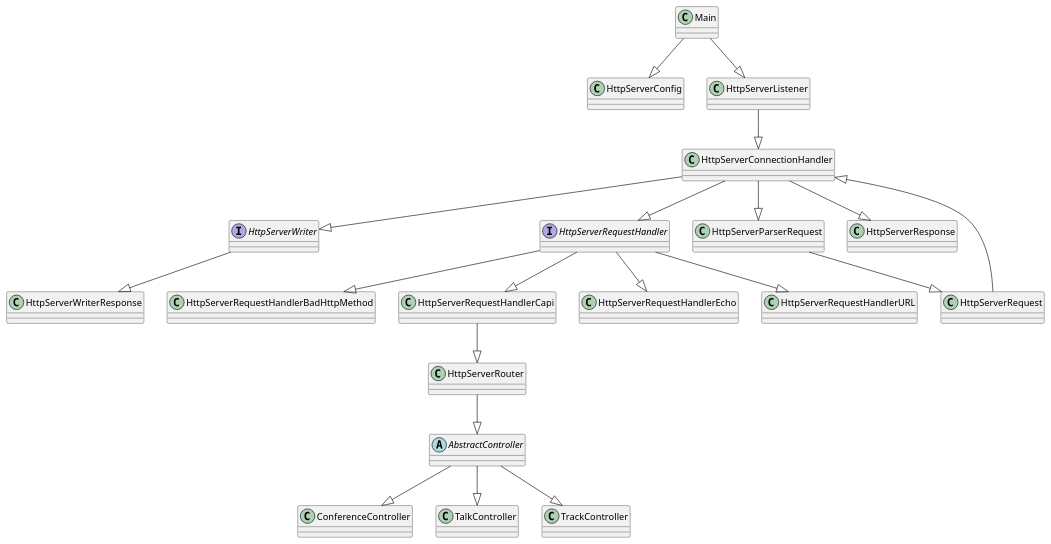
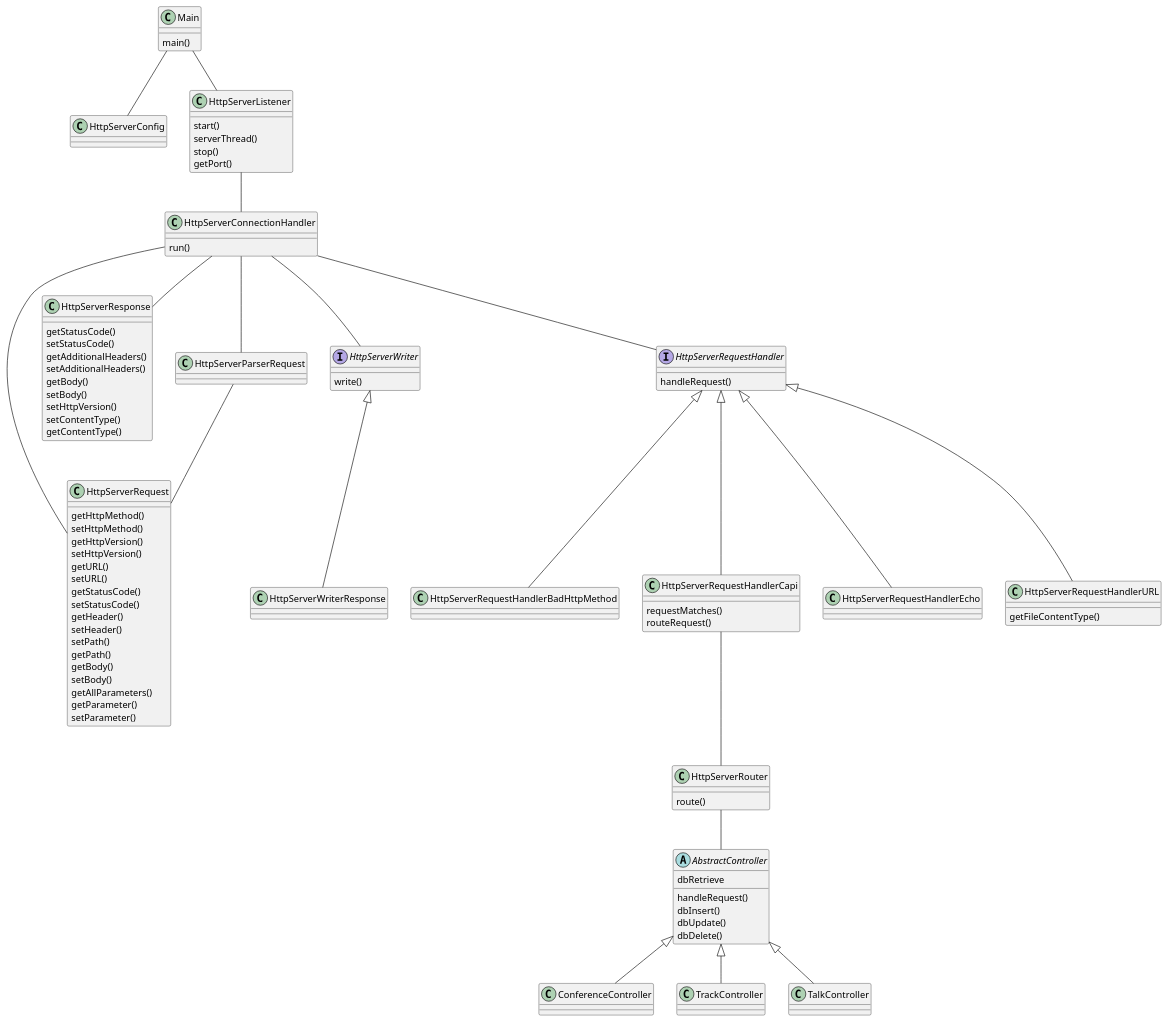
Before and after one commit to Alacho2/pgr200-eksamen-Alacho2: the diagram in doc/server.puml, drawn with PlantUML. The commit also changed 6 other files, not shown here.

Commit message:
updated server.puml and renamed a method

```diff
--- a/doc/server.puml
+++ b/doc/server.puml
@@ -1,29 +1,108 @@
 @startuml
 
-abstract class AbstractController
-AbstractController --|> ConferenceController
-AbstractController --|> TalkController
-AbstractController --|> TrackController
+abstract class AbstractController{
+    handleRequest()
+    dbInsert()
+    dbUpdate()
+    dbDelete()
+    dbRetrieve
+}
 
-interface HttpServerWriter
-HttpServerWriter --|> HttpServerWriterResponse
+class ConferenceController extends AbstractController
 
-interface HttpServerRequestHandler
-HttpServerRequestHandler --|> HttpServerRequestHandlerBadHttpMethod
-HttpServerRequestHandler --|> HttpServerRequestHandlerCapi
-HttpServerRequestHandlerCapi --|> HttpServerRouter
-HttpServerRouter --|> AbstractController
-HttpServerRequestHandler --|> HttpServerRequestHandlerEcho
-HttpServerRequestHandler --|> HttpServerRequestHandlerURL
+class TrackController extends AbstractController
 
-Main --|> HttpServerConfig
-Main --|> HttpServerListener
-HttpServerListener --|> HttpServerConnectionHandler
-HttpServerConnectionHandler --|> HttpServerParserRequest
-HttpServerParserRequest --|> HttpServerRequest
-HttpServerRequest --|> HttpServerConnectionHandler
-HttpServerConnectionHandler --|> HttpServerResponse
-HttpServerConnectionHandler --|> HttpServerRequestHandler
-HttpServerConnectionHandler --|> HttpServerWriter
+class TalkController extends AbstractController
+
+class HttpServerConfig
+
+class HttpServerRequest{
+    getHttpMethod()
+    setHttpMethod()
+    getHttpVersion()
+    setHttpVersion()
+    getURL()
+    setURL()
+    getStatusCode()
+    setStatusCode()
+    getHeader()
+    setHeader()
+    setPath()
+    getPath()
+    getBody()
+    setBody()
+    getAllParameters()
+    getParameter()
+    setParameter()
+}
+
+class HttpServerResponse{
+    getStatusCode()
+    setStatusCode()
+    getAdditionalHeaders()
+    setAdditionalHeaders()
+    getBody()
+    setBody()
+    setHttpVersion()
+    setContentType()
+    getContentType()
+}
+
+interface HttpServerWriter{
+    write()
+}
+class HttpServerWriterResponse extends HttpServerWriter{
+}
+
+class Main{
+    main()
+}
+class HttpServerRouter{
+    route()
+}
+
+class HttpServerConnectionHandler{
+    run()
+}
+
+class HttpServerListener{
+    start()
+    serverThread()
+    stop()
+    getPort()
+}
+
+interface HttpServerRequestHandler{
+    handleRequest()
+}
+
+class HttpServerRequestHandlerBadHttpMethod extends HttpServerRequestHandler
+
+class HttpServerRequestHandlerCapi extends HttpServerRequestHandler{
+    requestMatches()
+    routeRequest()
+}
+
+class HttpServerRequestHandlerEcho extends HttpServerRequestHandler
+
+class HttpServerRequestHandlerURL extends HttpServerRequestHandler{
+    getFileContentType()
+}
+
+Main -- HttpServerConfig
+Main -- HttpServerListener
+HttpServerRequestHandlerCapi -- HttpServerRouter
+HttpServerRouter -- AbstractController
+HttpServerListener -- HttpServerConnectionHandler
+HttpServerConnectionHandler -- HttpServerParserRequest
+HttpServerParserRequest -- HttpServerRequest
+HttpServerRequest -- HttpServerConnectionHandler
+HttpServerConnectionHandler -- HttpServerResponse
+HttpServerConnectionHandler -- HttpServerRequestHandler
+HttpServerConnectionHandler -- HttpServerWriter
+
+
+
+
 
 @enduml
```
